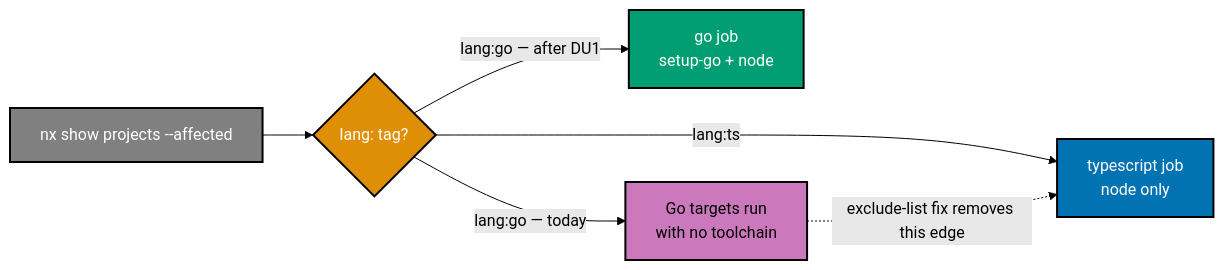
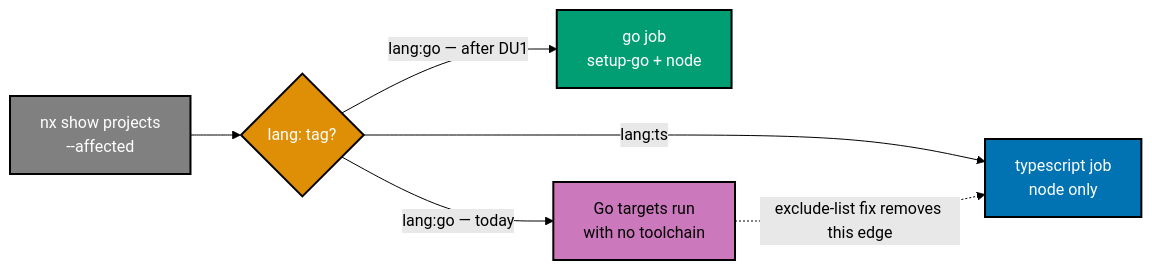
One commit to wahidyankf/open-sharia-fintech changed the fourth of 5 diagrams in plans/in-progress/islamic-be-init/tech-docs.md. Above: the diagram before and after it, drawn with Mermaid (forest theme). The commit also changed other lines of this file, not shown here.

First line of the commit message:
fix(plans): satisfy md-mermaid-strict in the islamic-be-init diagrams

````diff
--- a/plans/in-progress/islamic-be-init/tech-docs.md
+++ b/plans/in-progress/islamic-be-init/tech-docs.md
@@ -107,20 +107,20 @@
 ```mermaid
 graph LR
-    AFFECTED["nx show projects --affected"]:::gray
+    AFFECTED["nx show projects<br/>--affected"]:::gray
     DETECT{"lang: tag?"}:::orange
     TSJOB["typescript job<br/>node only"]:::blue
     GOJOB["go job<br/>setup-go + node"]:::teal
     LEAK["Go targets run<br/>with no toolchain"]:::purple
 
     AFFECTED --> DETECT
     DETECT -->|"lang:ts"| TSJOB
     DETECT -->|"lang:go — today"| LEAK
     DETECT -->|"lang:go — after DU1"| GOJOB
     LEAK -.->|"exclude-list fix removes this edge"| TSJOB
 
     classDef blue fill:#0173B2,stroke:#000000,color:#FFFFFF,stroke-width:2px
     classDef orange fill:#DE8F05,stroke:#000000,color:#FFFFFF,stroke-width:2px
     classDef teal fill:#029E73,stroke:#000000,color:#FFFFFF,stroke-width:2px
     classDef purple fill:#CC78BC,stroke:#000000,color:#000000,stroke-width:2px
     classDef gray fill:#808080,stroke:#000000,color:#FFFFFF,stroke-width:2px
 ```
````
